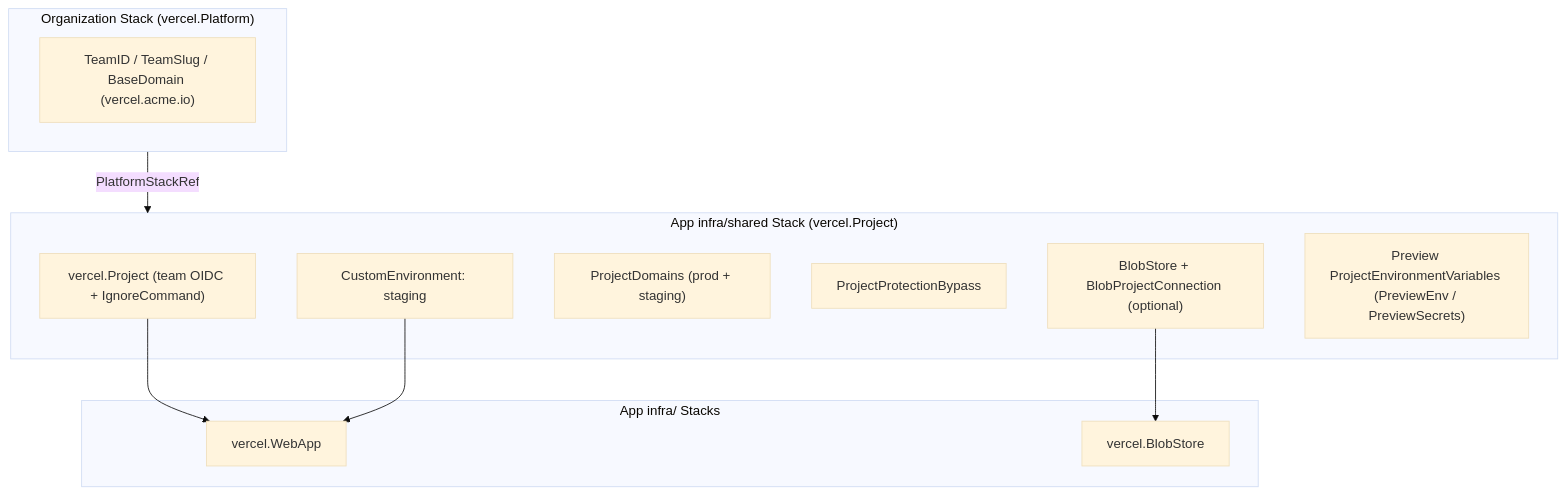
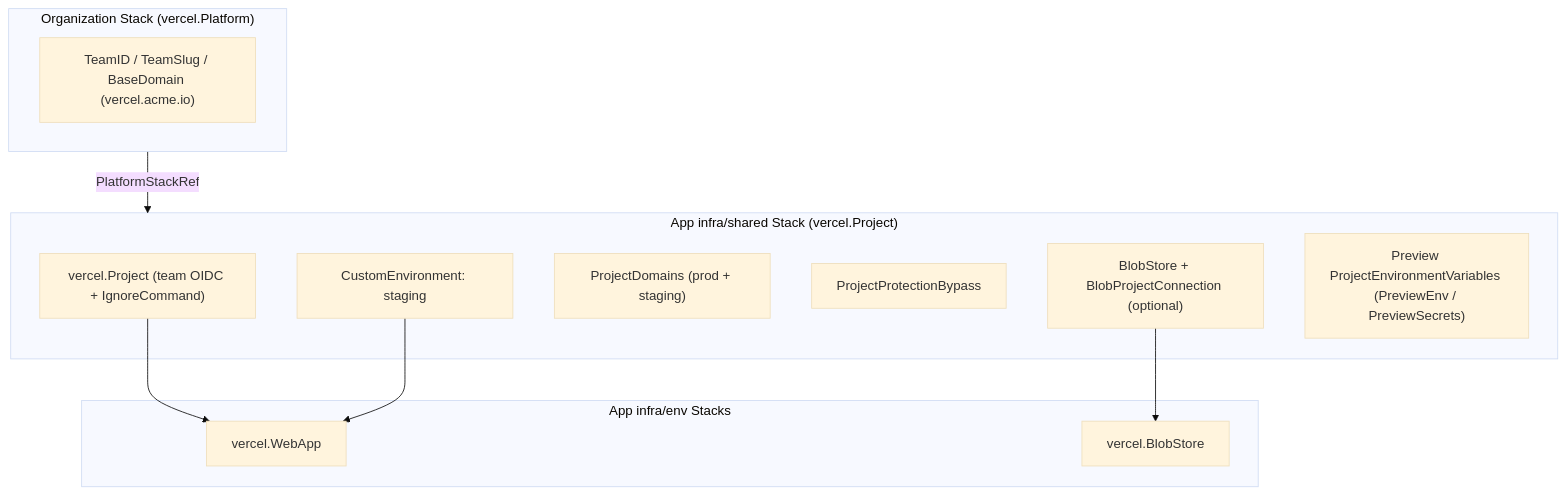
One commit to cloudvoyant/openbase changed the first of 2 diagrams in docs/architecture/providers/vercel/index.md. Above: the diagram before and after it, drawn with Mermaid (base theme). The commit also changed 36 other files, not shown here.

First line of the commit message:
refactor(e2e,docs): standardize infra/{platform,shared,env} layout

````diff
--- a/docs/architecture/providers/vercel/index.md
+++ b/docs/architecture/providers/vercel/index.md
@@ -26,25 +26,25 @@
 ```mermaid
 flowchart TD
     subgraph Org["Organization Stack (vercel.Platform)"]
         TeamCfg["TeamID / TeamSlug / BaseDomain (vercel.acme.io)"]
     end
 
     subgraph App["App infra/shared Stack (vercel.Project)"]
         VProj["vercel.Project (team OIDC + IgnoreCommand)"]
         StageCE["CustomEnvironment: staging"]
         Doms["ProjectDomains (prod + staging)"]
         Bypass["ProjectProtectionBypass"]
         BlobRoot["BlobStore + BlobProjectConnection (optional)"]
         PrevSeed["Preview ProjectEnvironmentVariables (PreviewEnv / PreviewSecrets)"]
     end
 
-    subgraph Env["App infra/ Stacks"]
+    subgraph Env["App infra/env Stacks"]
         Web["vercel.WebApp"]
         BlobEnv["vercel.BlobStore"]
     end
 
     Org -->|"PlatformStackRef"| App
     VProj --> Web
     StageCE --> Web
     BlobRoot --> BlobEnv
 ```
````
